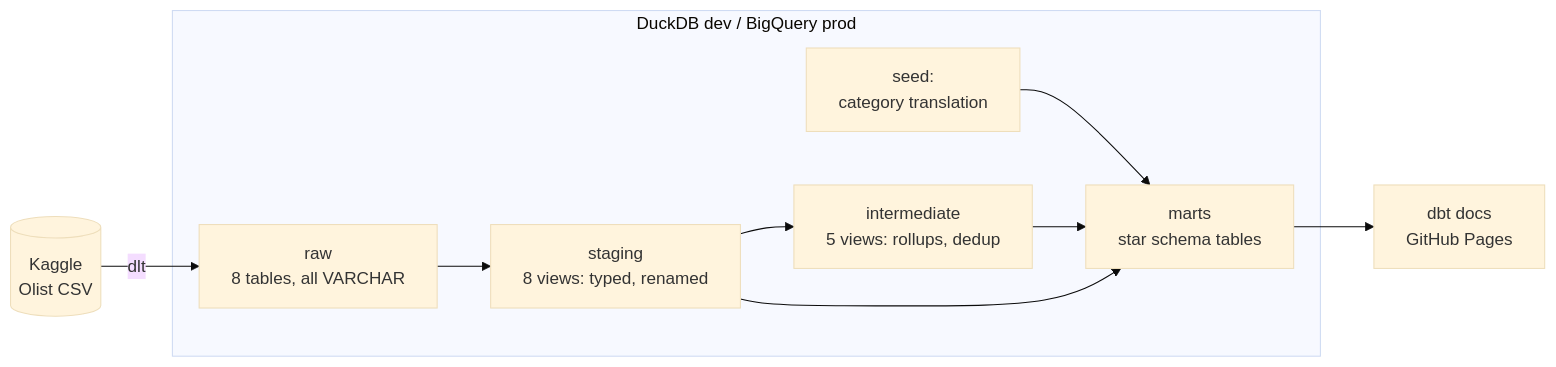
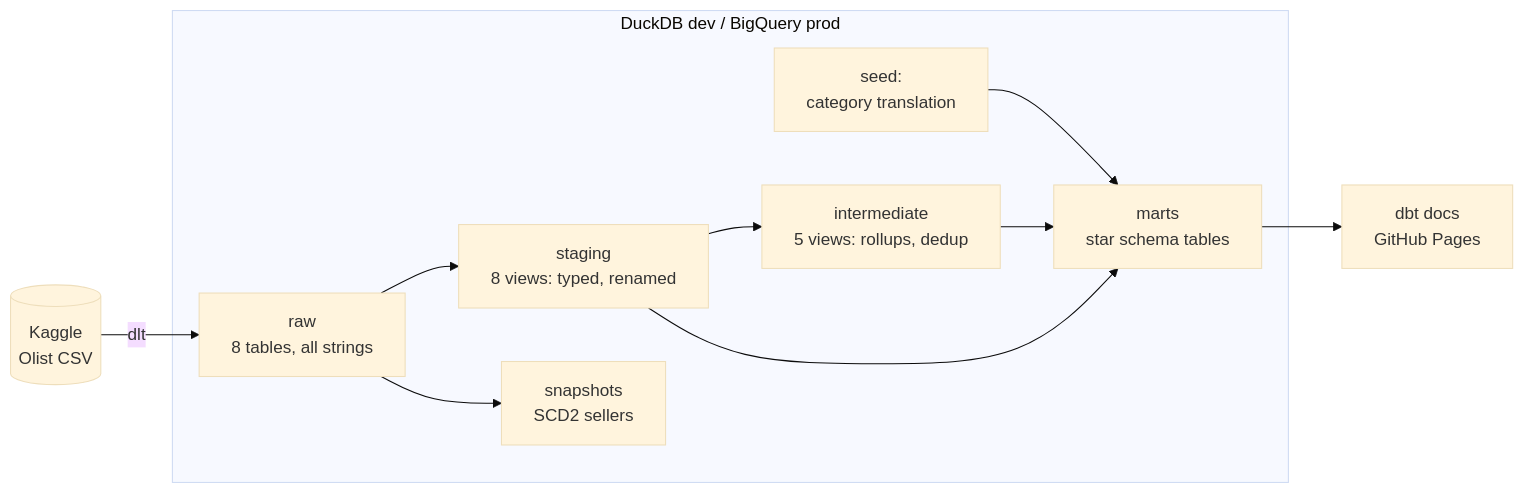
One commit to ShuCiG/olist-analytics-dbt changed the first of 4 diagrams in README.md. Above: the diagram before and after it, drawn with Mermaid (base theme). The commit also changed other lines of this file and 15 other files, not shown here.

````diff
--- a/README.md
+++ b/README.md
@@ -27,13 +27,14 @@
 ```mermaid
 flowchart LR
     kaggle[(Kaggle<br/>Olist CSV)] -->|dlt| raw
     subgraph wh[DuckDB dev / BigQuery prod]
-        raw[raw<br/>8 tables, all VARCHAR] --> staging
+        raw[raw<br/>8 tables, all strings] --> staging
+        raw --> snapshots[snapshots<br/>SCD2 sellers]
         seed[seed:<br/>category translation] --> marts
         staging[staging<br/>8 views: typed, renamed] --> intermediate
         intermediate[intermediate<br/>5 views: rollups, dedup] --> marts
         staging --> marts
         marts[marts<br/>star schema tables]
     end
     marts --> docs[dbt docs<br/>GitHub Pages]
 ```
````
